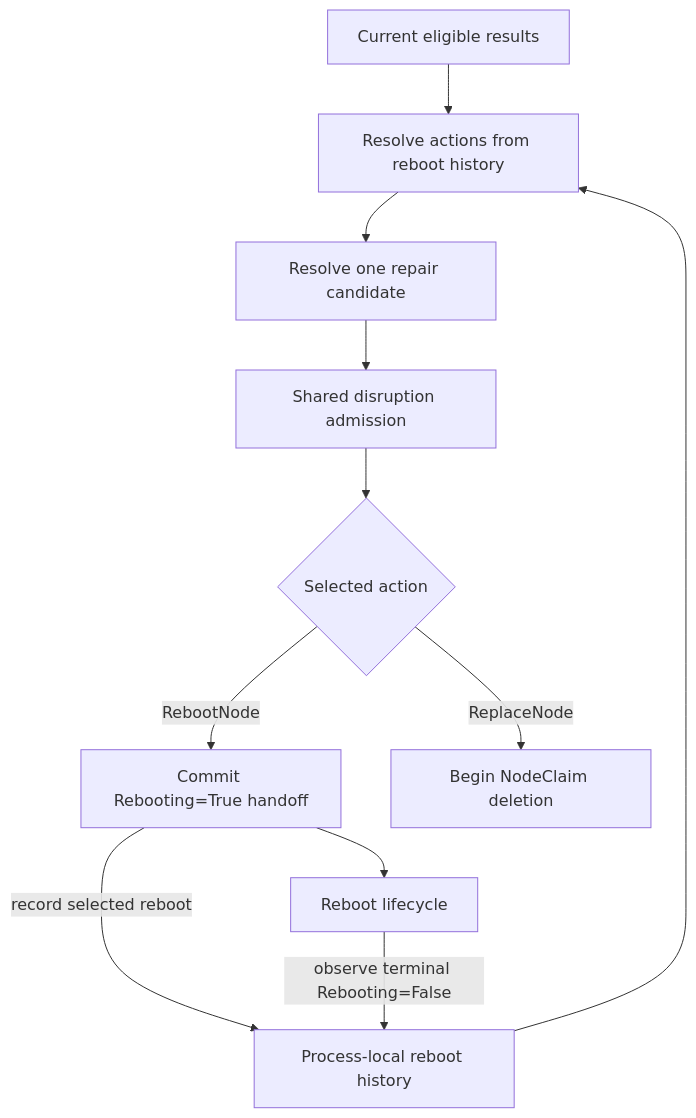
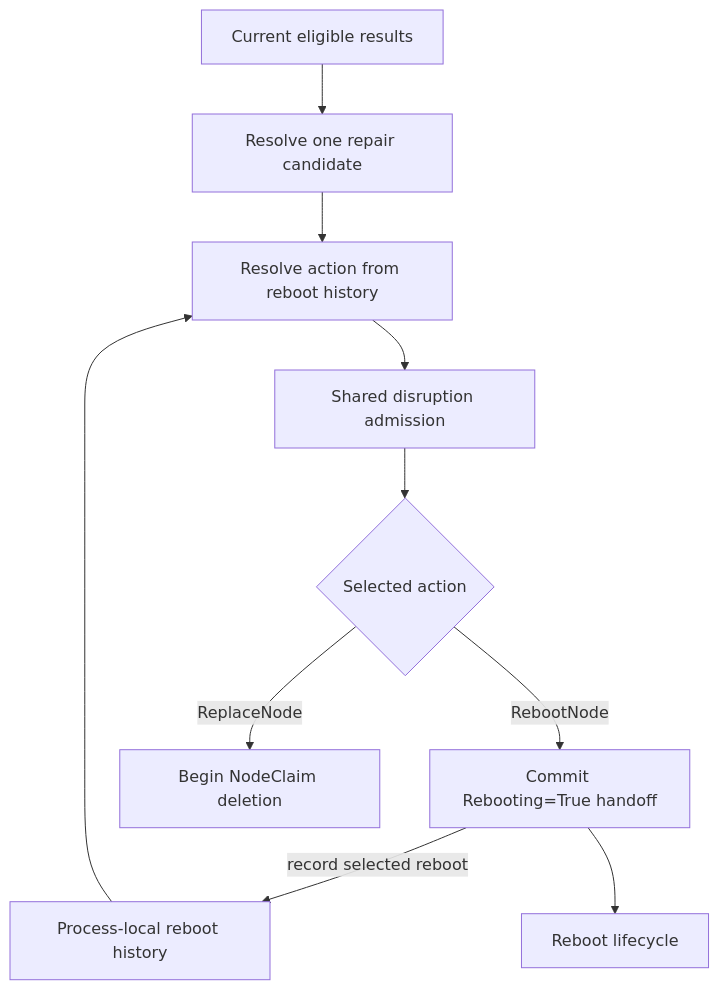
Before and after one commit to kubernetes-sigs/karpenter: the diagram in designs/node-repair-candidate-resolution-admission-and-escalation.md, drawn with Mermaid. The commit also changed other lines of this file and 1 other file, not shown here.

Commit message:
docs: sync node repair RFCs with merged implementation

````diff
--- a/designs/node-repair-candidate-resolution-admission-and-escalation.md
+++ b/designs/node-repair-candidate-resolution-admission-and-escalation.md
@@ -96,13 +97,12 @@
 ```mermaid
 flowchart TD
-    M["Current eligible results"] --> A["Resolve actions from reboot history"]
+    M["Current eligible results"] --> C["Resolve one repair candidate"]
+    C --> A["Resolve action from reboot history"]
     H["Process-local reboot history"] --> A
-    A --> C["Resolve one repair candidate"]
-    C --> D["Shared disruption admission"]
+    A --> D["Shared disruption admission"]
     D --> K{"Selected action"}
     K -->|RebootNode| R["Commit Rebooting=True handoff"]
     K -->|ReplaceNode| P["Begin NodeClaim deletion"]
     R -->|"record selected reboot"| H
     R --> E["Reboot lifecycle"]
-    E -->|"observe terminal Rebooting=False"| H
 ```
````
